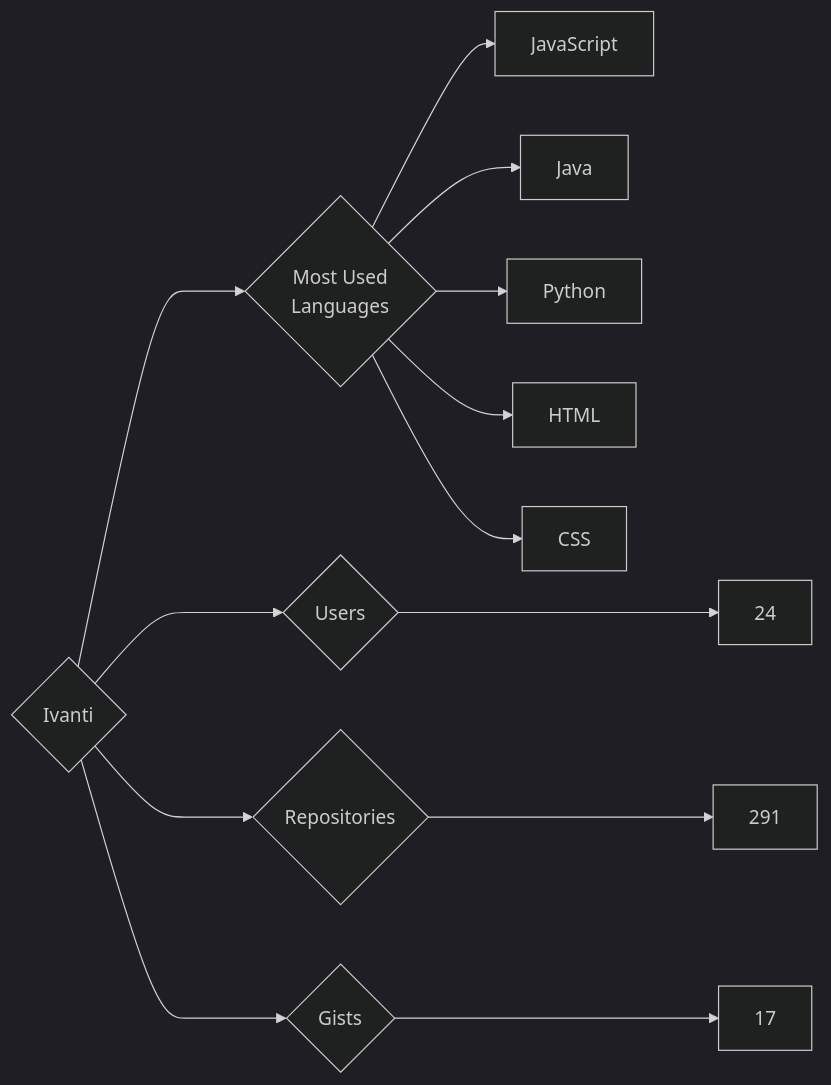
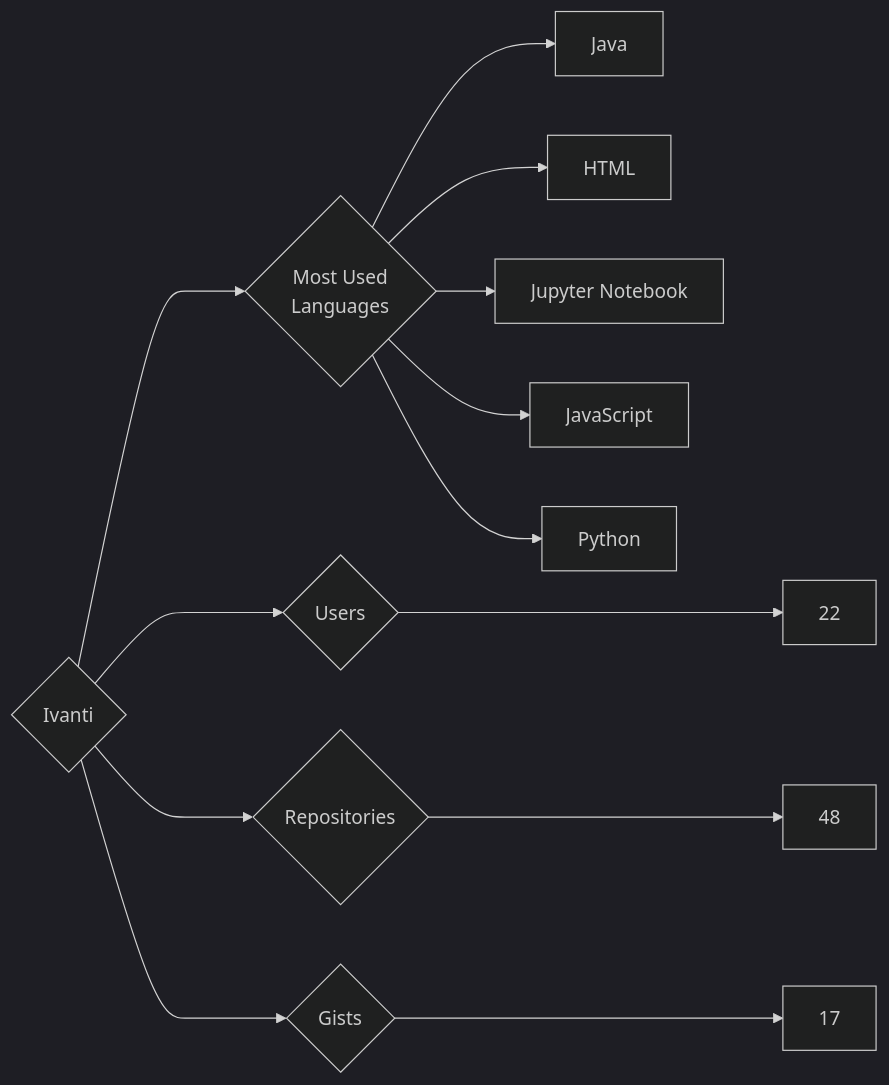
One commit to trickest/insiders changed the diagram in targets/Ivanti/README.md. Above: the diagram before and after it, drawn with Mermaid (dark theme). The commit also changed 1084 other files, not shown here.

````diff
--- a/targets/Ivanti/README.md
+++ b/targets/Ivanti/README.md
@@ -3,13 +3,13 @@
 ```mermaid
 graph LR
 COMPANY_NAME{Ivanti}
-COMPANY_NAME ---> U{Users} ---> UN[24]
-COMPANY_NAME ---> R{Repositories} ---> RN[291]
+COMPANY_NAME ---> U{Users} ---> UN[22]
+COMPANY_NAME ---> R{Repositories} ---> RN[48]
 COMPANY_NAME ---> G{Gists} ---> GN[17]
 COMPANY_NAME ---> ML{Most Used<br>Languages}
+ML --> Java[Java]
+ML --> HTML[HTML]
+ML --> Jupyter_Notebook[Jupyter Notebook]
 ML --> JavaScript[JavaScript]
-ML --> Java[Java]
 ML --> Python[Python]
-ML --> HTML[HTML]
-ML --> CSS[CSS]
 ```
````
